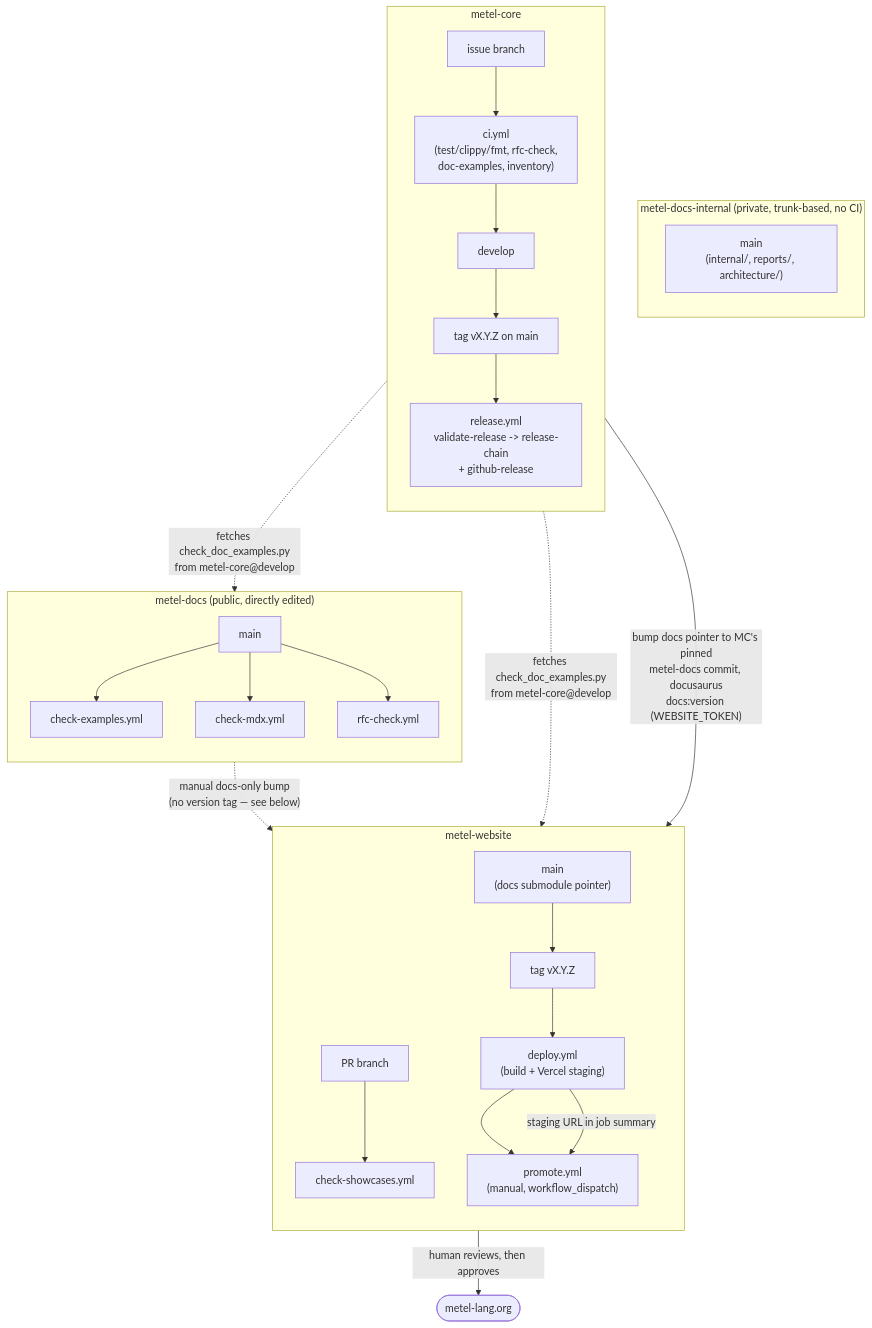
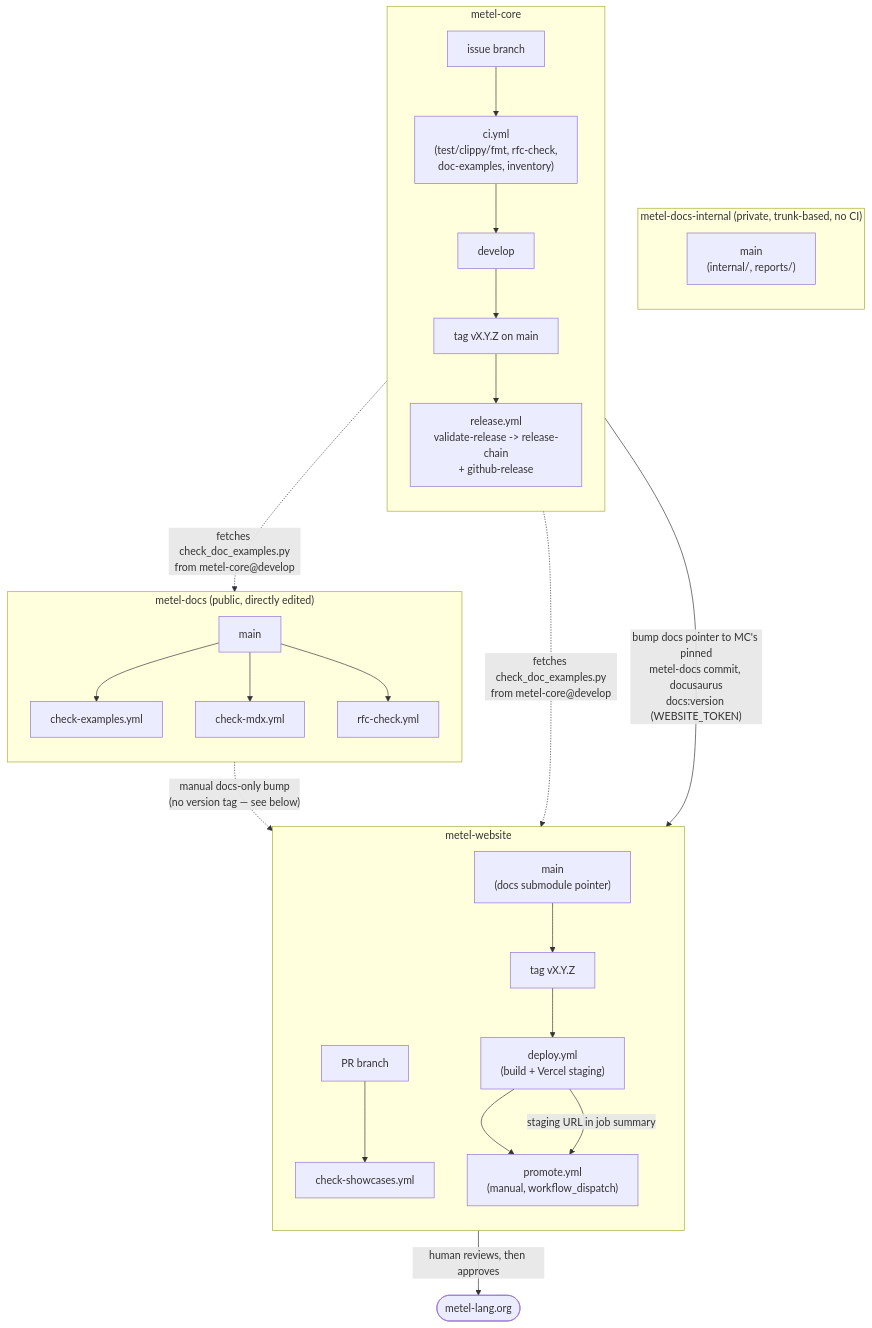
The diagram in PROCESSES.md (gust-lang/gust), drawn with Mermaid before and after one commit. The commit also changed other lines of this file and 4 other files, not shown here.

First line of the commit message:
docs: fix references to architecture.md's new location (ADR-0051 amended)

````diff
--- a/PROCESSES.md
+++ b/PROCESSES.md
@@ -46,51 +48,51 @@
 ```mermaid
 flowchart TD
     subgraph MDI["metel-docs-internal (private, trunk-based, no CI)"]
         direction TB
-        MDI_main["main\n(internal/, reports/, architecture/)"]
+        MDI_main["main\n(internal/, reports/)"]
     end
 
     subgraph MC["metel-core"]
         direction TB
         MC_branch["issue branch"]
         MC_ci["ci.yml\n(test/clippy/fmt, rfc-check,\ndoc-examples, inventory)"]
         MC_develop["develop"]
         MC_tag["tag vX.Y.Z on main"]
         MC_rel["release.yml\nvalidate-release -> release-chain\n+ github-release"]
         MC_branch --> MC_ci --> MC_develop --> MC_tag --> MC_rel
     end
 
     subgraph MDPub["metel-docs (public, directly edited)"]
         direction TB
         MD_main["main"]
         MD_ci1["check-examples.yml"]
         MD_ci2["check-mdx.yml"]
         MD_ci3["rfc-check.yml"]
         MD_main --> MD_ci1
         MD_main --> MD_ci2
         MD_main --> MD_ci3
     end
 
     subgraph MW["metel-website"]
         direction TB
         MW_branch["PR branch"]
         MW_ci["check-showcases.yml"]
         MW_main["main\n(docs submodule pointer)"]
         MW_tag["tag vX.Y.Z"]
         MW_deploy["deploy.yml\n(build + Vercel staging)"]
         MW_promote["promote.yml\n(manual, workflow_dispatch)"]
         MW_branch --> MW_ci
         MW_main --> MW_tag --> MW_deploy --> MW_promote
     end
 
     PROD(["metel-lang.org"])
 
     MC_ci -. "fetches check_doc_examples.py\nfrom metel-core@develop" .-> MD_ci1
     MC_ci -. "fetches check_doc_examples.py\nfrom metel-core@develop" .-> MW_ci
 
     MC_rel -->|"bump docs pointer to MC's pinned\nmetel-docs commit, docusaurus\ndocs:version (WEBSITE_TOKEN)"| MW_main
     MW_deploy -->|"staging URL in job summary"| MW_promote
     MW_promote -->|"human reviews, then approves"| PROD
 
     MD_main -. "manual docs-only bump\n(no version tag — see below)" .-> MW_main
 ```
````
